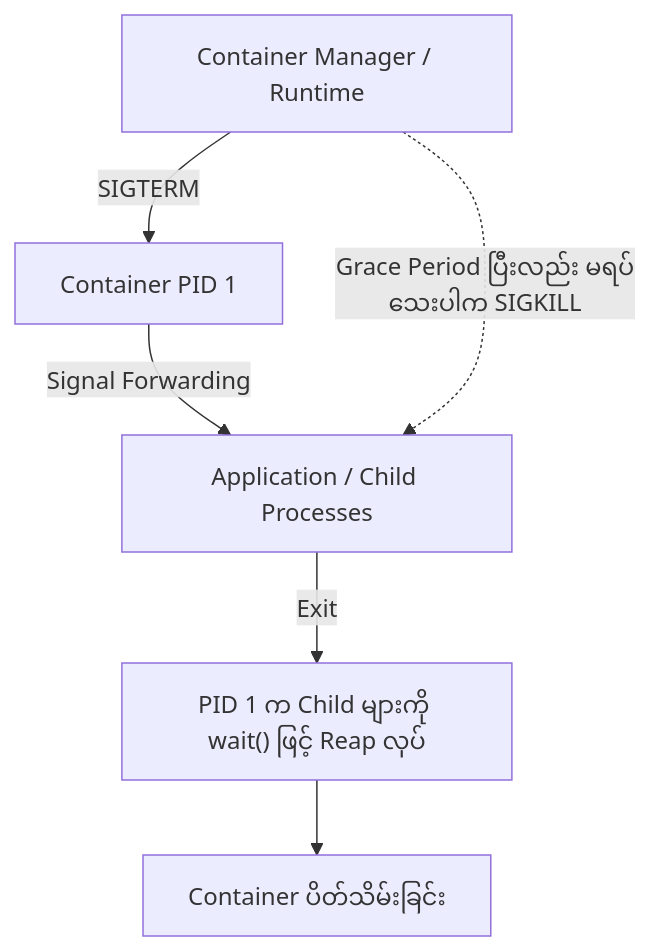
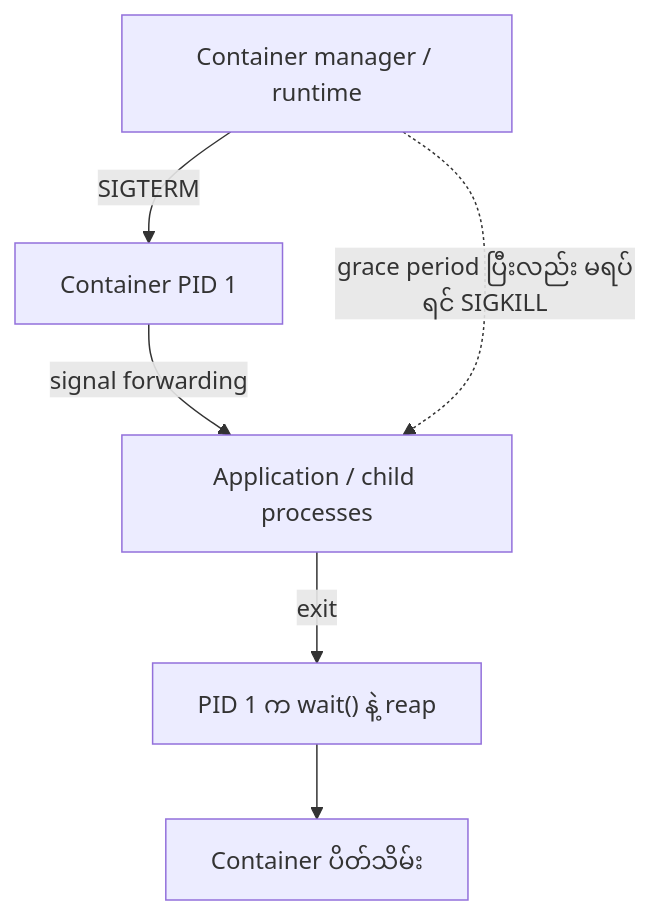
One commit to yul1ux/linux-containers-under-the-hood changed the eighth of 9 diagrams in docs/part-01-fundamentals/chapter-02-linux-processes-and-system-calls.md. Above: the diagram before and after it, drawn with Mermaid. The commit also changed other lines of this file, not shown here.

````diff
--- a/docs/part-01-fundamentals/chapter-02-linux-processes-and-system-calls.md
+++ b/docs/part-01-fundamentals/chapter-02-linux-processes-and-system-calls.md
@@ -438,8 +307,8 @@
 ```mermaid
 flowchart TD
-    A["Container Manager / Runtime"] -->|"SIGTERM"| B["Container PID 1"]
-    B -->|"Signal Forwarding"| C["Application / Child Processes"]
-    C -->|"Exit"| D["PID 1 က Child များကို wait() ဖြင့် Reap လုပ်"]
-    D --> E["Container ပိတ်သိမ်းခြင်း"]
-    A -. "Grace Period ပြီးလည်း မရပ်သေးပါက SIGKILL" .-> C
+  A["Container manager / runtime"] -->|"SIGTERM"| B["Container PID 1"]
+  B -->|"signal forwarding"| C["Application / child processes"]
+  C -->|"exit"| D["PID 1 က wait() နဲ့ reap"]
+  D --> E["Container ပိတ်သိမ်း"]
+  A -. "grace period ပြီးလည်း မရပ်ရင် SIGKILL" .-> C
 ```
````
